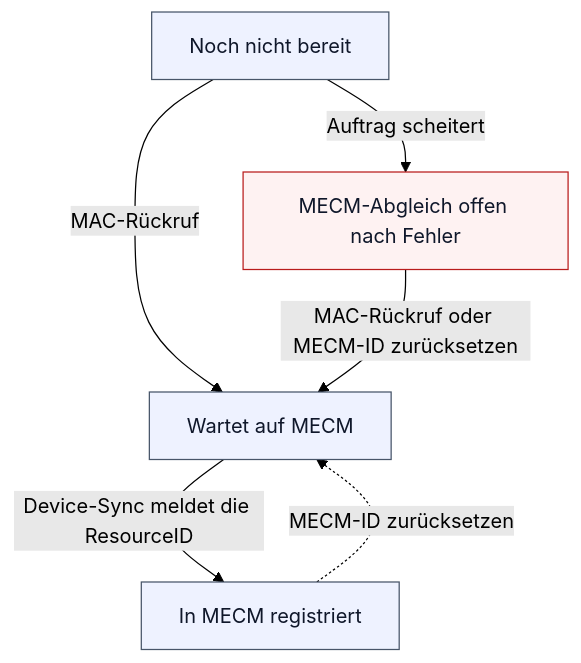
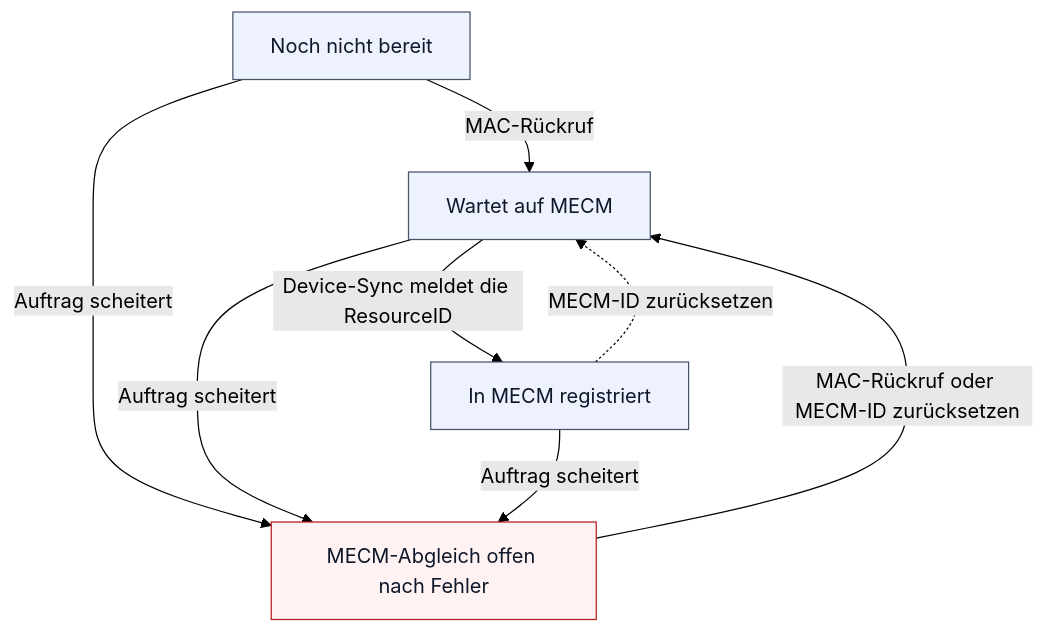
Before and after one commit to Samy94M/VirtuSphere-v2-WebApp: the third of 3 diagrams in docs/operations/vm-lifecycle.md, drawn with Mermaid (forest theme). The commit also changed other lines of this file, not shown here.

````diff
--- a/docs/operations/vm-lifecycle.md
+++ b/docs/operations/vm-lifecycle.md
@@ -61,12 +64,14 @@
 ```mermaid
 flowchart TD
     not_ready[Noch nicht bereit] -->|MAC-Rückruf| pending[Wartet auf MECM]
     pending -->|Device-Sync meldet die ResourceID| registered[In MECM registriert]
     registered -.->|MECM-ID zurücksetzen| pending
     not_ready -->|Auftrag scheitert| deploy_failed[MECM-Abgleich offen nach Fehler]
+    pending -->|Auftrag scheitert| deploy_failed
+    registered -->|Auftrag scheitert| deploy_failed
     deploy_failed -->|MAC-Rückruf oder MECM-ID zurücksetzen| pending
     classDef step fill:#eef2ff,stroke:#475569,color:#0f172a;
     classDef blocked fill:#fef2f2,stroke:#b91c1c,color:#0f172a;
     class not_ready,pending,registered step;
     class deploy_failed blocked;
 ```
````
